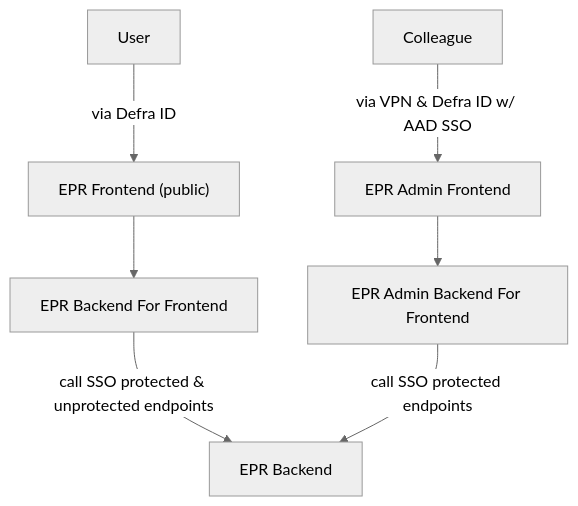
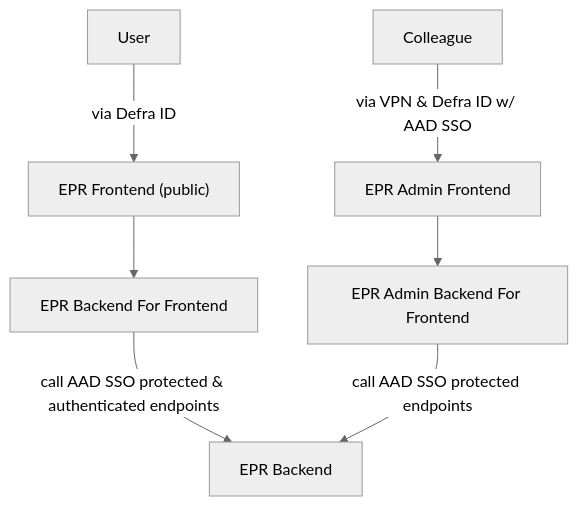
Before and after one commit to DEFRA/epr-backend: the second of 2 diagrams in docs/architecture/discovery/pepr-hld.md, drawn with Mermaid (neutral theme). The commit also changed other lines of this file, not shown here.

````diff
--- a/docs/architecture/discovery/pepr-hld.md
+++ b/docs/architecture/discovery/pepr-hld.md
@@ -245,19 +255,19 @@
 ```mermaid
 flowchart TD;
     USER[User]
     COLLEAGUE[Colleague]
     EPR_BACKEND[EPR Backend]
     EPR_FRONTEND["EPR Frontend (public)"]
     EPR_BFF[EPR Backend For Frontend]
     EPR_ADMIN_FRONTEND[EPR Admin Frontend]
     EPR_ADMIN_BFF[EPR Admin Backend For Frontend]
 
     USER-- via Defra ID -->EPR_FRONTEND;
     COLLEAGUE-- via VPN & Defra ID w/ AAD SSO -->EPR_ADMIN_FRONTEND;
 
     EPR_FRONTEND-->EPR_BFF;
     EPR_ADMIN_FRONTEND-->EPR_ADMIN_BFF;
 
-    EPR_BFF--call SSO protected & unprotected endpoints -->EPR_BACKEND;
-    EPR_ADMIN_BFF--call SSO protected endpoints -->EPR_BACKEND;
+    EPR_BFF--call AAD SSO protected & authenticated endpoints -->EPR_BACKEND;
+    EPR_ADMIN_BFF--call AAD SSO protected endpoints -->EPR_BACKEND;
 ```
````
